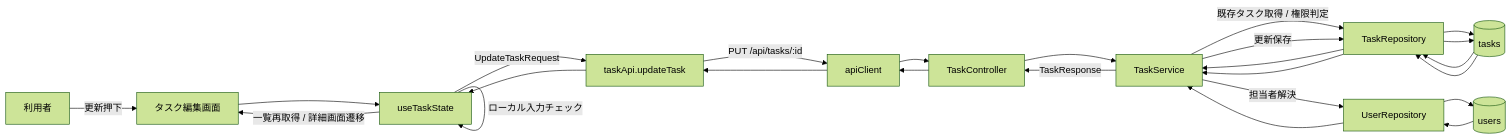
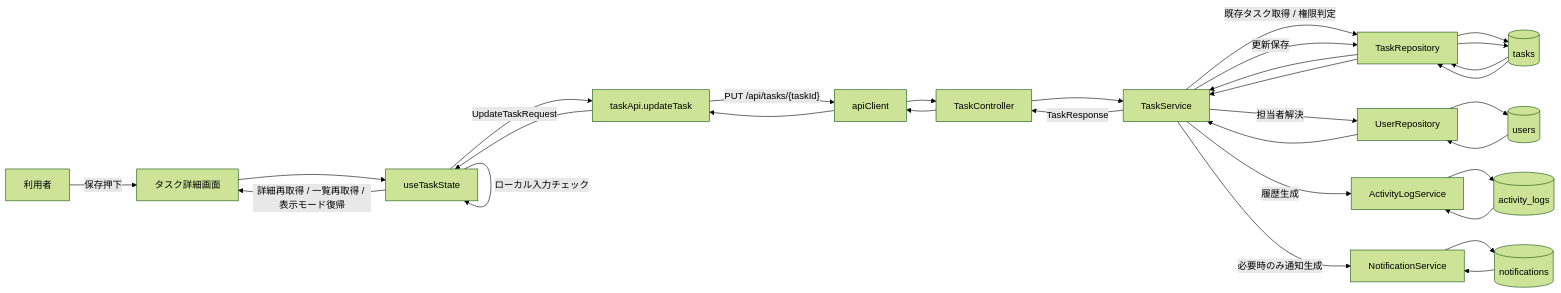
Before and after one commit to kitune-udon/task-manager-app: the tenth of 28 diagrams in docs/01_設計/08_データフロー図設計書.md, drawn with Mermaid (forest theme). The commit also changed other lines of this file and 10 other files, not shown here.

````diff
--- a/docs/01_設計/08_データフロー図設計書.md
+++ b/docs/01_設計/08_データフロー図設計書.md
@@ -563,39 +679,49 @@
 ```mermaid
 flowchart LR
     U["利用者"]
-    EP["タスク編集画面"]
+    DP["タスク詳細画面"]
     TS["useTaskState"]
     TA["taskApi.updateTask"]
     AC["apiClient"]
     TC["TaskController"]
     SV["TaskService"]
     UR["UserRepository"]
     TR["TaskRepository"]
+    AL["ActivityLogService"]
+    NT["NotificationService"]
     DB1[("users")]
     DB2[("tasks")]
+    DB3[("activity_logs")]
+    DB4[("notifications")]
 
-    U -->|"更新押下"| EP
-    EP --> TS
+    U -->|"保存押下"| DP
+    DP --> TS
     TS -->|"ローカル入力チェック"| TS
     TS -->|"UpdateTaskRequest"| TA
-    TA -->|"PUT /api/tasks/:id"| AC
+    TA -->|"PUT /api/tasks/{taskId}"| AC
     AC --> TC
     TC --> SV
     SV -->|"既存タスク取得 / 権限判定"| TR
     TR --> DB2
     DB2 --> TR
     TR --> SV
     SV -->|"担当者解決"| UR
     UR --> DB1
     DB1 --> UR
     UR --> SV
     SV -->|"更新保存"| TR
     TR --> DB2
     DB2 --> TR
     TR --> SV
+    SV -->|"履歴生成"| AL
+    AL --> DB3
+    DB3 --> AL
+    SV -->|"必要時のみ通知生成"| NT
+    NT --> DB4
+    DB4 --> NT
     SV -->|"TaskResponse"| TC
     TC --> AC
     AC --> TA
     TA --> TS
-    TS -->|"一覧再取得 / 詳細画面遷移"| EP
+    TS -->|"詳細再取得 / 一覧再取得 / 表示モード復帰"| DP
 ```
````
